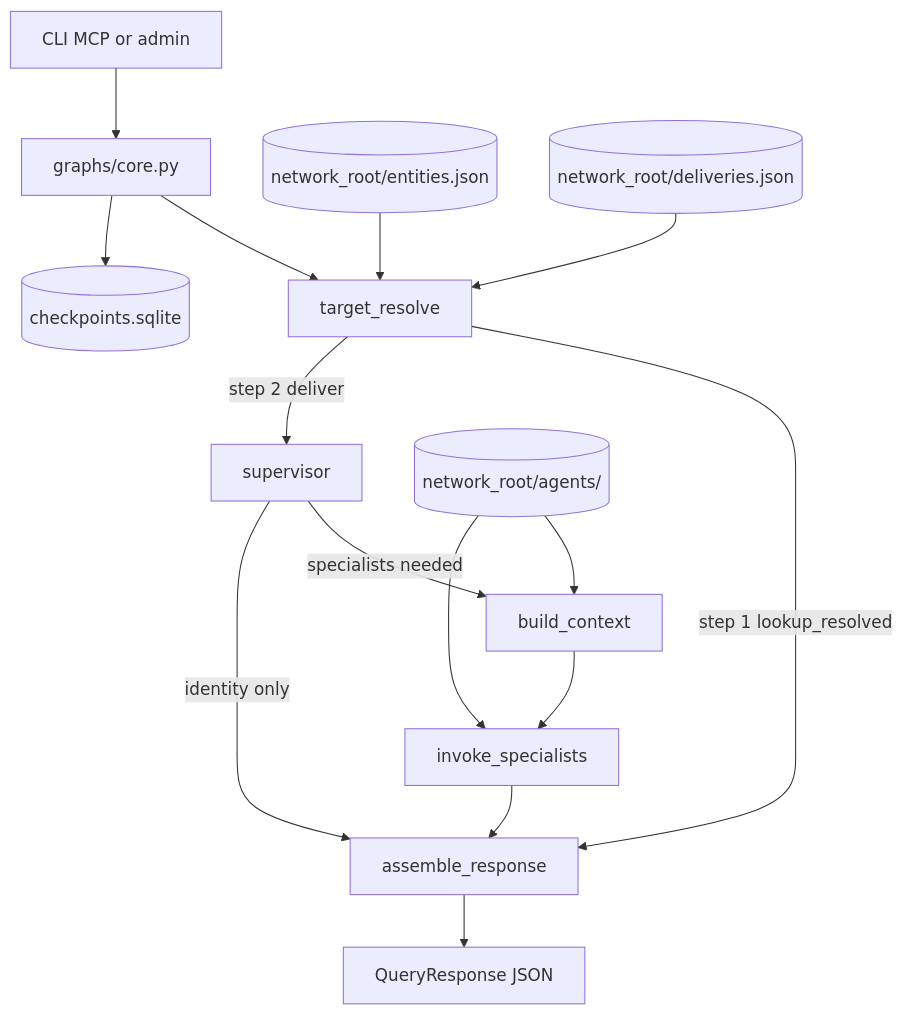
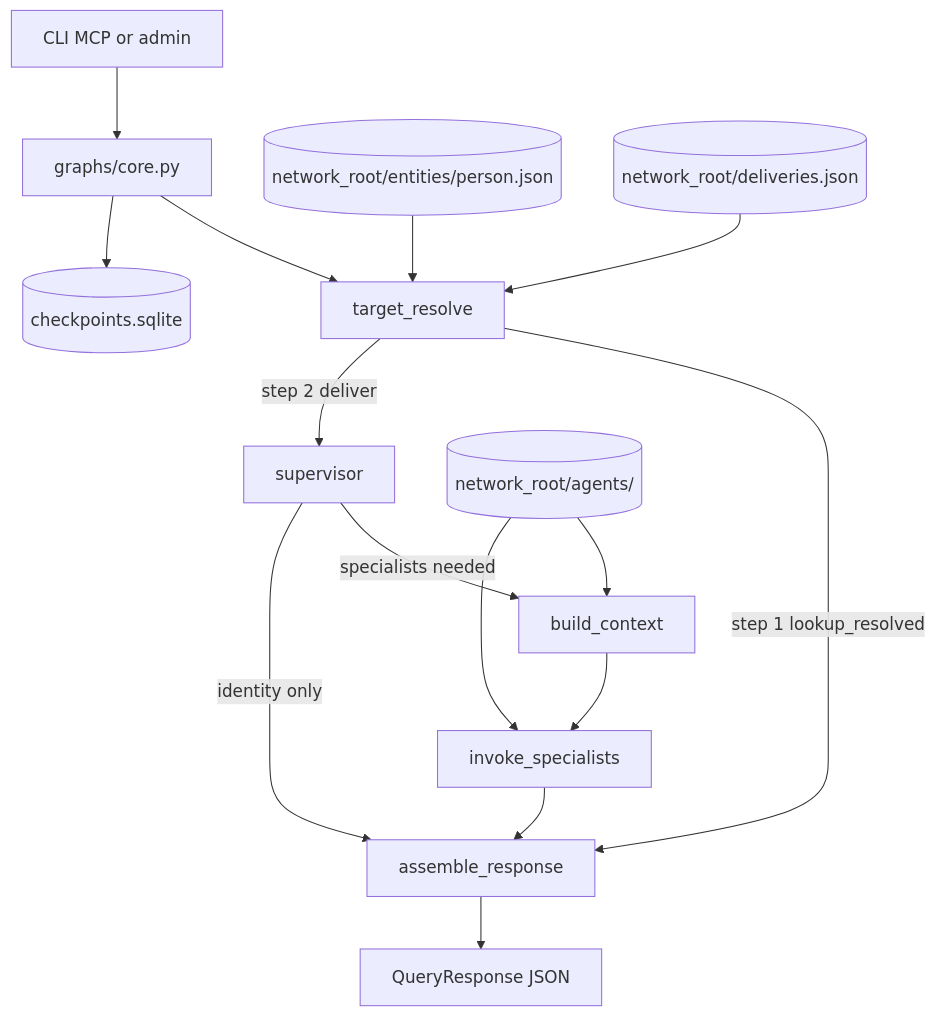
The diagram in README.md (myceliumdata/mycelium), drawn with Mermaid before and after one commit. The commit also changed other lines of this file and 35 other files, not shown here.

First line of the commit message:
refactor(network): require explicit network.json mvr and metering

````diff
--- a/README.md
+++ b/README.md
@@ -350,17 +350,17 @@
 ```mermaid
 flowchart TD
     Client[CLI MCP or admin] --> Graph[graphs/core.py]
     Graph --> TR[target_resolve]
     TR -->|step 1 lookup_resolved| ASM[assemble_response]
     TR -->|step 2 deliver| S[supervisor]
     S -->|specialists needed| BC[build_context]
     BC --> INV[invoke_specialists]
     INV --> ASM
     S -->|identity only| ASM
     ASM --> RES[QueryResponse JSON]
     Graph --> CP[(checkpoints.sqlite)]
-    Entities[(network_root/entities.json)] --> TR
+    Entities[(network_root/entities/person.json)] --> TR
     Deliveries[(network_root/deliveries.json)] --> TR
     Store[(network_root/agents/)] --> BC
     Store --> INV
 ```
````
